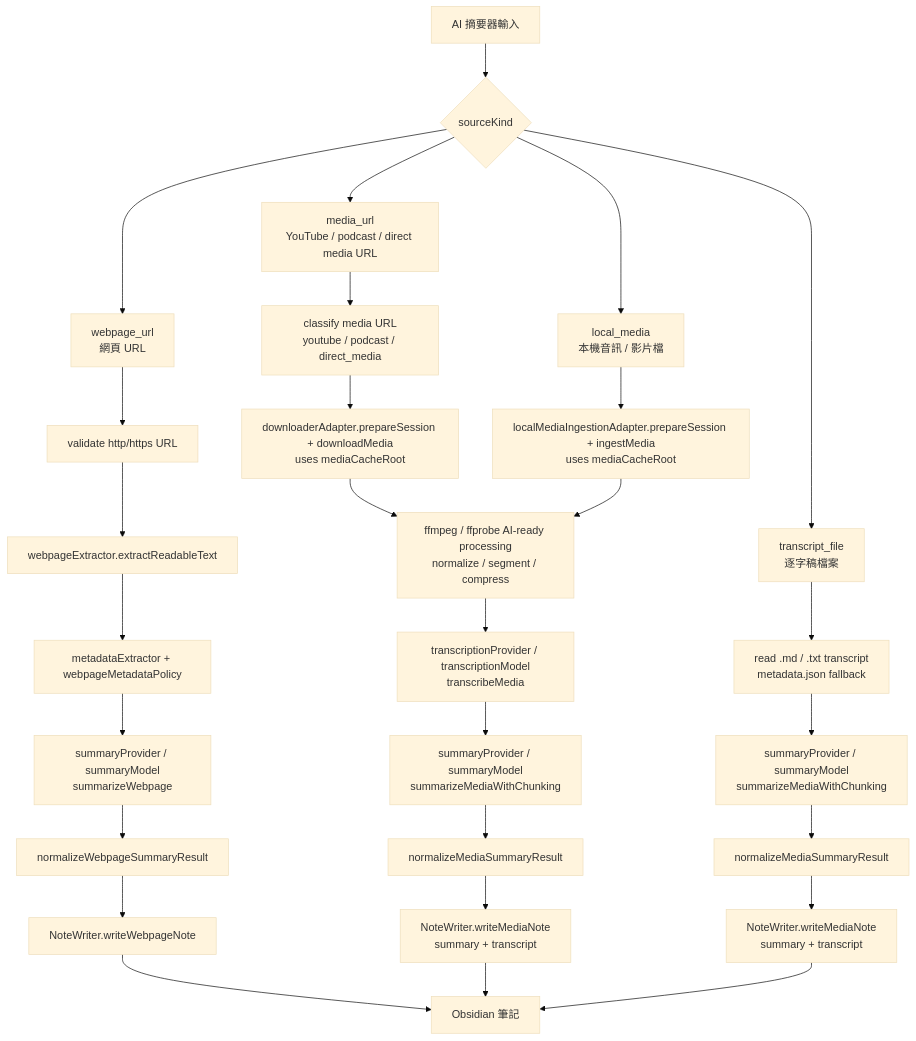
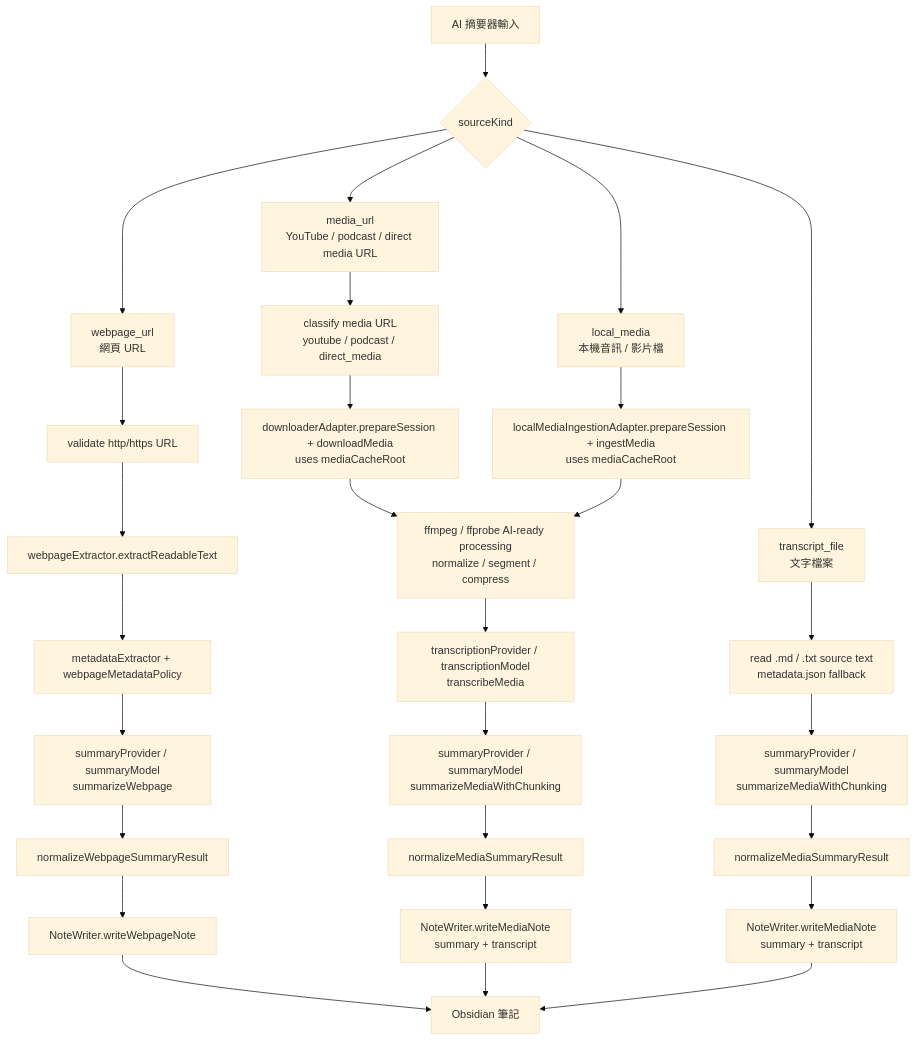
The diagram in docs/architecture-boundary.md (GollyKuo/Obsidian-AI-Summarizer), drawn with Mermaid (base theme) before and after one commit. The commit also changed other lines of this file and 30 other files, not shown here.

````diff
--- a/docs/architecture-boundary.md
+++ b/docs/architecture-boundary.md
@@ -141,36 +141,36 @@
 ```mermaid
 flowchart TD
   Start["AI 摘要器輸入"] --> SourceKind{"sourceKind"}
 
   SourceKind --> Webpage["webpage_url<br/>網頁 URL"]
   SourceKind --> MediaUrl["media_url<br/>YouTube / podcast / direct media URL"]
   SourceKind --> LocalMedia["local_media<br/>本機音訊 / 影片檔"]
-  SourceKind --> TranscriptFile["transcript_file<br/>逐字稿檔案"]
+  SourceKind --> TranscriptFile["transcript_file<br/>文字檔案"]
 
   Webpage --> WebValidate["validate http/https URL"]
   WebValidate --> WebExtract["webpageExtractor.extractReadableText"]
   WebExtract --> WebMetadata["metadataExtractor + webpageMetadataPolicy"]
   WebMetadata --> WebSummary["summaryProvider / summaryModel<br/>summarizeWebpage"]
   WebSummary --> WebNormalize["normalizeWebpageSummaryResult"]
   WebNormalize --> WebWrite["NoteWriter.writeWebpageNote"]
   WebWrite --> Vault["Obsidian 筆記"]
 
   MediaUrl --> UrlClassify["classify media URL<br/>youtube / podcast / direct_media"]
   UrlClassify --> Download["downloaderAdapter.prepareSession + downloadMedia<br/>uses mediaCacheRoot"]
   Download --> MediaPrep["ffmpeg / ffprobe AI-ready processing<br/>normalize / segment / compress"]
 
   LocalMedia --> LocalIngest["localMediaIngestionAdapter.prepareSession + ingestMedia<br/>uses mediaCacheRoot"]
   LocalIngest --> MediaPrep
 
   MediaPrep --> Transcribe["transcriptionProvider / transcriptionModel<br/>transcribeMedia"]
   Transcribe --> MediaSummary["summaryProvider / summaryModel<br/>summarizeMediaWithChunking"]
   MediaSummary --> MediaNormalize["normalizeMediaSummaryResult"]
   MediaNormalize --> MediaWrite["NoteWriter.writeMediaNote<br/>summary + transcript"]
   MediaWrite --> Vault
 
-  TranscriptFile --> TranscriptRead["read .md / .txt transcript<br/>metadata.json fallback"]
+  TranscriptFile --> TranscriptRead["read .md / .txt source text<br/>metadata.json fallback"]
   TranscriptRead --> TranscriptSummary["summaryProvider / summaryModel<br/>summarizeMediaWithChunking"]
   TranscriptSummary --> TranscriptNormalize["normalizeMediaSummaryResult"]
   TranscriptNormalize --> TranscriptWrite["NoteWriter.writeMediaNote<br/>summary + transcript"]
   TranscriptWrite --> Vault
 ```
````
